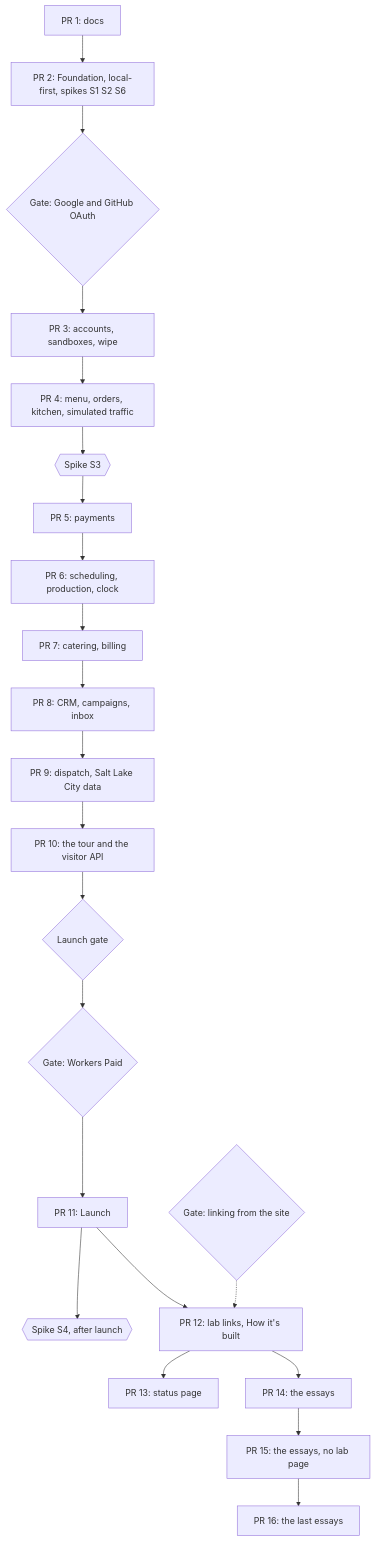
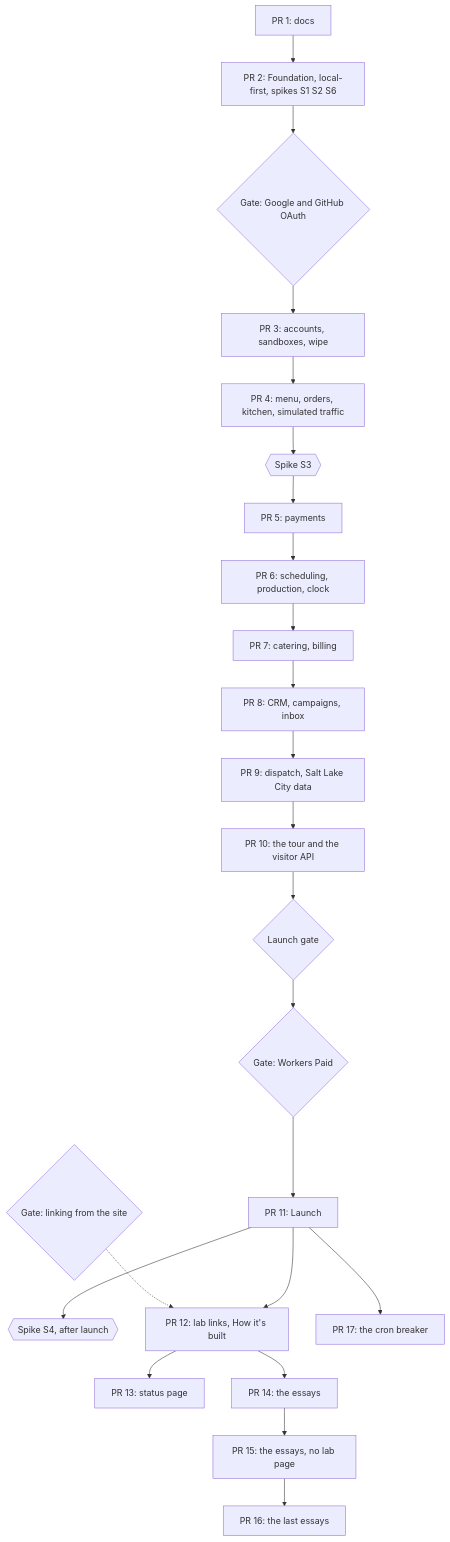
Before and after one commit to IHaveASegway/bakery: the diagram in docs/roadmap.md, drawn with Mermaid. The commit also changed other lines of this file and 7 other files, not shown here.

First line of the commit message:
Document the cron breaker as built

````diff
--- a/docs/roadmap.md
+++ b/docs/roadmap.md
@@ -71,13 +72,14 @@
 ```mermaid
 flowchart TB
   P1["PR 1: docs"] --> P2["PR 2: Foundation, local-first, spikes S1 S2 S6"]
   P2 --> OG{"Gate: Google and GitHub OAuth"} --> P3["PR 3: accounts, sandboxes, wipe"] --> P4["PR 4: menu, orders, kitchen, simulated traffic"]
   P4 --> S3{{"Spike S3"}} --> P5["PR 5: payments"]
   P5 --> P6["PR 6: scheduling, production, clock"] --> P7["PR 7: catering, billing"] --> P8["PR 8: CRM, campaigns, inbox"] --> P9["PR 9: dispatch, Salt Lake City data"]
   P9 --> P10["PR 10: the tour and the visitor API"]
   P10 --> LG{"Launch gate"} --> WP{"Gate: Workers Paid"} --> P11["PR 11: Launch"]
   P11 --> S4{{"Spike S4, after launch"}}
   LG2{"Gate: linking from the site"} -.-> P12
   P11 --> P12["PR 12: lab links, How it's built"] --> P13["PR 13: status page"]
   P12 --> P14["PR 14: the essays"] --> P15["PR 15: the essays, no lab page"] --> P16["PR 16: the last essays"]
+  P11 --> P17["PR 17: the cron breaker"]
 ```
````
